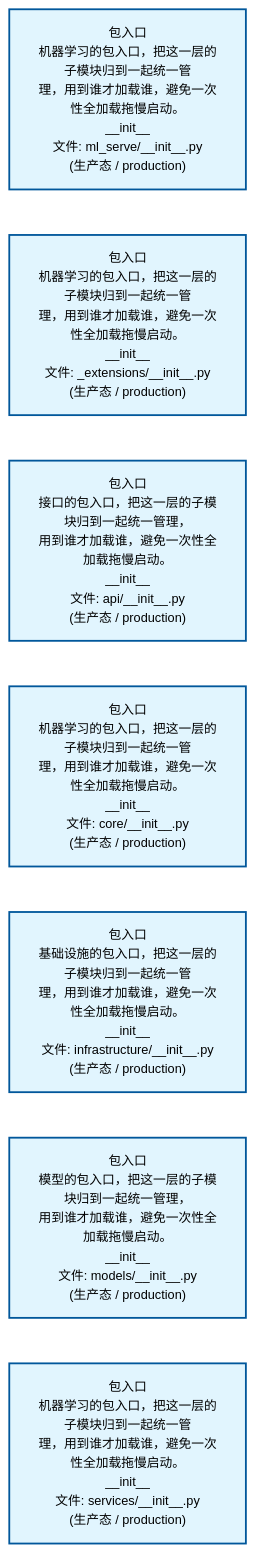
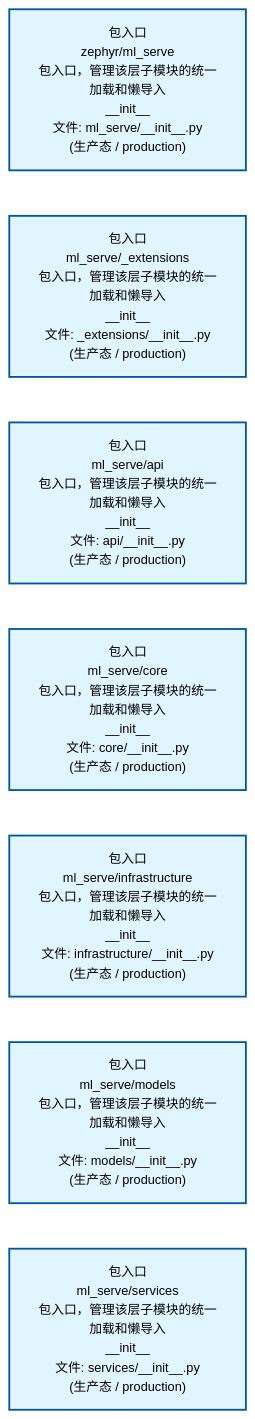
Before and after one commit to xuanFelixVan/ZephyrAlpha: the second of 2 diagrams in docs/02_enterprise_architecture/02_domain_architecture_docs/60_d_ml_serve.md, drawn with Mermaid. The commit also changed other lines of this file and 60 other files, not shown here.

````diff
--- a/docs/02_enterprise_architecture/02_domain_architecture_docs/60_d_ml_serve.md
+++ b/docs/02_enterprise_architecture/02_domain_architecture_docs/60_d_ml_serve.md
@@ -80,22 +80,22 @@
 ```mermaid
 %%{init: {'theme': 'base', 'themeVariables': {'primaryColor': '#eaeaea', 'primaryTextColor': '#333333', 'primaryBorderColor': '#666666', 'lineColor': '#666666', 'secondaryColor': '#eaeaea', 'tertiaryColor': '#eaeaea', 'fontSize': '14px'}}}%%
 flowchart TD
-    src_zephyr_ml_serve_init_py["包入口<br/>机器学习的包入口，把这一层的子模块归到一起统一管<br/>理，用到谁才加载谁，避免一次性全加载拖慢启动。<br/>__init__<br/>文件: ml_serve/__init__.py<br/>(生产态 / production)"]
-    src_zephyr_ml_serve_extensions_init_py["包入口<br/>机器学习的包入口，把这一层的子模块归到一起统一管<br/>理，用到谁才加载谁，避免一次性全加载拖慢启动。<br/>__init__<br/>文件: _extensions/__init__.py<br/>(生产态 / production)"]
-    src_zephyr_ml_serve_api_init_py["包入口<br/>接口的包入口，把这一层的子模块归到一起统一管理，<br/>用到谁才加载谁，避免一次性全加载拖慢启动。<br/>__init__<br/>文件: api/__init__.py<br/>(生产态 / production)"]
-    src_zephyr_ml_serve_core_init_py["包入口<br/>机器学习的包入口，把这一层的子模块归到一起统一管<br/>理，用到谁才加载谁，避免一次性全加载拖慢启动。<br/>__init__<br/>文件: core/__init__.py<br/>(生产态 / production)"]
-    src_zephyr_ml_serve_infrastructure_init_py["包入口<br/>基础设施的包入口，把这一层的子模块归到一起统一管<br/>理，用到谁才加载谁，避免一次性全加载拖慢启动。<br/>__init__<br/>文件: infrastructure/__init__.py<br/>(生产态 / production)"]
-    src_zephyr_ml_serve_models_init_py["包入口<br/>模型的包入口，把这一层的子模块归到一起统一管理，<br/>用到谁才加载谁，避免一次性全加载拖慢启动。<br/>__init__<br/>文件: models/__init__.py<br/>(生产态 / production)"]
-    src_zephyr_ml_serve_services_init_py["包入口<br/>机器学习的包入口，把这一层的子模块归到一起统一管<br/>理，用到谁才加载谁，避免一次性全加载拖慢启动。<br/>__init__<br/>文件: services/__init__.py<br/>(生产态 / production)"]
+    src_zephyr_ml_serve_init_py["包入口<br/>zephyr/ml_serve<br/>包入口，管理该层子模块的统一加载和懒导入<br/>__init__<br/>文件: ml_serve/__init__.py<br/>(生产态 / production)"]
+    src_zephyr_ml_serve_extensions_init_py["包入口<br/>ml_serve/_extensions<br/>包入口，管理该层子模块的统一加载和懒导入<br/>__init__<br/>文件: _extensions/__init__.py<br/>(生产态 / production)"]
+    src_zephyr_ml_serve_api_init_py["包入口<br/>ml_serve/api<br/>包入口，管理该层子模块的统一加载和懒导入<br/>__init__<br/>文件: api/__init__.py<br/>(生产态 / production)"]
+    src_zephyr_ml_serve_core_init_py["包入口<br/>ml_serve/core<br/>包入口，管理该层子模块的统一加载和懒导入<br/>__init__<br/>文件: core/__init__.py<br/>(生产态 / production)"]
+    src_zephyr_ml_serve_infrastructure_init_py["包入口<br/>ml_serve/infrastructure<br/>包入口，管理该层子模块的统一加载和懒导入<br/>__init__<br/>文件: infrastructure/__init__.py<br/>(生产态 / production)"]
+    src_zephyr_ml_serve_models_init_py["包入口<br/>ml_serve/models<br/>包入口，管理该层子模块的统一加载和懒导入<br/>__init__<br/>文件: models/__init__.py<br/>(生产态 / production)"]
+    src_zephyr_ml_serve_services_init_py["包入口<br/>ml_serve/services<br/>包入口，管理该层子模块的统一加载和懒导入<br/>__init__<br/>文件: services/__init__.py<br/>(生产态 / production)"]
     src_zephyr_ml_serve_init_py ~~~ src_zephyr_ml_serve_extensions_init_py
     src_zephyr_ml_serve_extensions_init_py ~~~ src_zephyr_ml_serve_api_init_py
     src_zephyr_ml_serve_api_init_py ~~~ src_zephyr_ml_serve_core_init_py
     src_zephyr_ml_serve_core_init_py ~~~ src_zephyr_ml_serve_infrastructure_init_py
     src_zephyr_ml_serve_infrastructure_init_py ~~~ src_zephyr_ml_serve_models_init_py
     src_zephyr_ml_serve_models_init_py ~~~ src_zephyr_ml_serve_services_init_py
     classDef production fill:#e1f5fe,stroke:#01579b,stroke-width:2px,color:#000
     classDef design fill:#fff3e0,stroke:#e65100,stroke-width:2px,color:#000,stroke-dasharray: 5 5
     classDef external_prod fill:#e8f4fd,stroke:#0277bd,stroke-width:1px,color:#000
     classDef external_design fill:#fff8e7,stroke:#ef6c00,stroke-width:1px,color:#000,stroke-dasharray: 5 5
     class src_zephyr_ml_serve_init_py,src_zephyr_ml_serve_extensions_init_py,src_zephyr_ml_serve_api_init_py,src_zephyr_ml_serve_core_init_py,src_zephyr_ml_serve_infrastructure_init_py,src_zephyr_ml_serve_models_init_py,src_zephyr_ml_serve_services_init_py production
 ```
````
